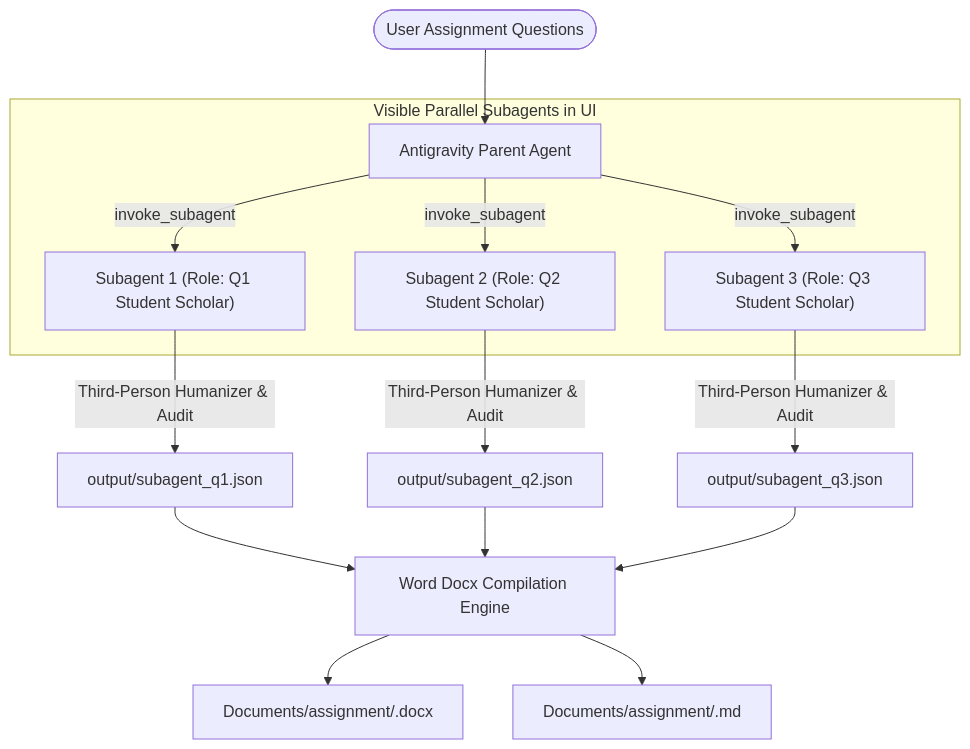
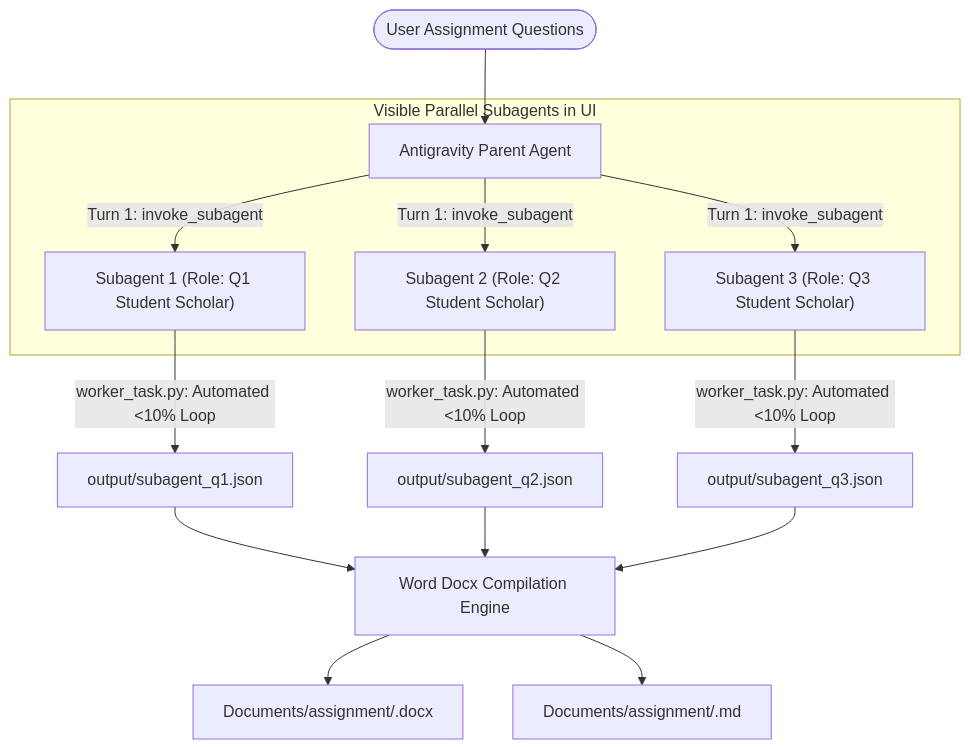
Before and after one commit to raj18-dev/qa-humanizer-v2: the diagram in README.md, drawn with Mermaid. The commit also changed other lines of this file and 1 other file, not shown here.

Commit message:
feat(qa-humanizer-v2): synchronize skill with Turn-1 parallel subagent dispatch and 600-650w depth target

````diff
--- a/README.md
+++ b/README.md
@@ -19,18 +26,18 @@
 ```mermaid
 flowchart TD
     User([User Assignment Questions]) --> Antigravity[Antigravity Parent Agent]
     
     subgraph SubagentPool ["Visible Parallel Subagents in UI"]
-        Antigravity -->|invoke_subagent| SA1["Subagent 1 (Role: Q1 Student Scholar)"]
-        Antigravity -->|invoke_subagent| SA2["Subagent 2 (Role: Q2 Student Scholar)"]
-        Antigravity -->|invoke_subagent| SA3["Subagent 3 (Role: Q3 Student Scholar)"]
+        Antigravity -->|Turn 1: invoke_subagent| SA1["Subagent 1 (Role: Q1 Student Scholar)"]
+        Antigravity -->|Turn 1: invoke_subagent| SA2["Subagent 2 (Role: Q2 Student Scholar)"]
+        Antigravity -->|Turn 1: invoke_subagent| SA3["Subagent 3 (Role: Q3 Student Scholar)"]
     end
     
-    SA1 -->|Third-Person Humanizer & Audit| O1[output/subagent_q1.json]
-    SA2 -->|Third-Person Humanizer & Audit| O2[output/subagent_q2.json]
-    SA3 -->|Third-Person Humanizer & Audit| O3[output/subagent_q3.json]
+    SA1 -->|worker_task.py: Automated <10% Loop| O1[output/subagent_q1.json]
+    SA2 -->|worker_task.py: Automated <10% Loop| O2[output/subagent_q2.json]
+    SA3 -->|worker_task.py: Automated <10% Loop| O3[output/subagent_q3.json]
     
     O1 & O2 & O3 --> Assembler[Word Docx Compilation Engine]
     Assembler --> Docx["Documents/assignment/<Dossier_Name>.docx"]
     Assembler --> MD["Documents/assignment/<Dossier_Name>.md"]
 ```
````
